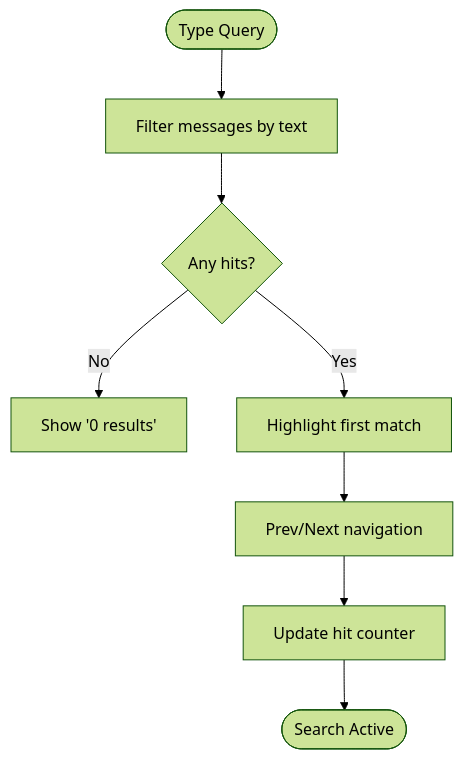
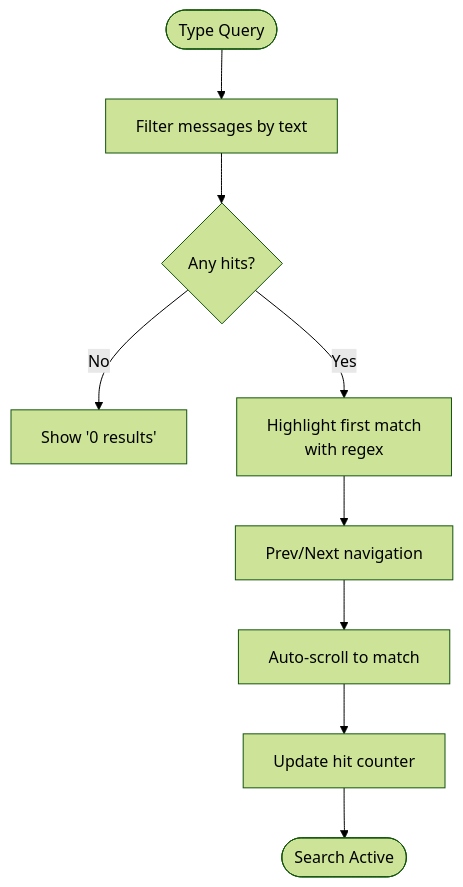
Before and after one commit to Annguyen0410/Personal-Messenger-Like-Storage-: the eighth of 18 diagrams in .qoder/repowiki/en/content/Core Features.md, drawn with Mermaid (forest theme). The commit also changed other lines of this file and 19 other files, not shown here.

````diff
--- a/.qoder/repowiki/en/content/Core Features.md
+++ b/.qoder/repowiki/en/content/Core Features.md
@@ -217,10 +332,11 @@
 ```mermaid
 flowchart TD
 QStart(["Type Query"]) --> Filter["Filter messages by text"]
 Filter --> Hits{"Any hits?"}
 Hits --> |No| ShowZero["Show '0 results'"]
-Hits --> |Yes| Highlight["Highlight first match"]
+Hits --> |Yes| Highlight["Highlight first match<br/>with regex"]
 Highlight --> Nav["Prev/Next navigation"]
-Nav --> UpdateCount["Update hit counter"]
+Nav --> Scroll["Auto-scroll to match"]
+Scroll --> UpdateCount["Update hit counter"]
 UpdateCount --> End(["Search Active"])
 ```
````
